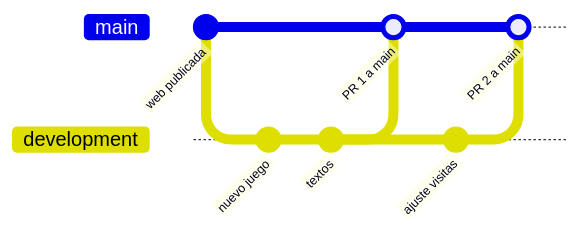
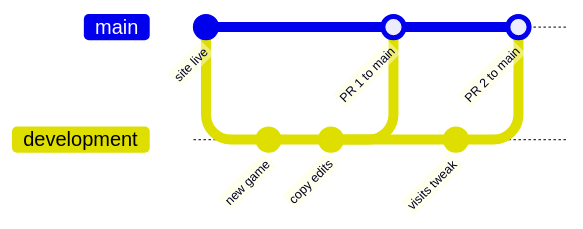
One commit to serbenda/serbenda.github.io changed the second of 2 diagrams in README.md. Above: the diagram before and after it, drawn with Mermaid. The commit also changed other lines of this file, not shown here.

````diff
--- a/README.md
+++ b/README.md
@@ -146,14 +146,14 @@
 ```mermaid
 gitGraph
-    commit id: "web publicada"
+    commit id: "site live"
     branch development
     checkout development
-    commit id: "nuevo juego"
-    commit id: "textos"
+    commit id: "new game"
+    commit id: "copy edits"
     checkout main
-    merge development id: "PR 1 a main"
+    merge development id: "PR 1 to main"
     checkout development
-    commit id: "ajuste visitas"
+    commit id: "visits tweak"
     checkout main
-    merge development id: "PR 2 a main"
+    merge development id: "PR 2 to main"
 ```
````
